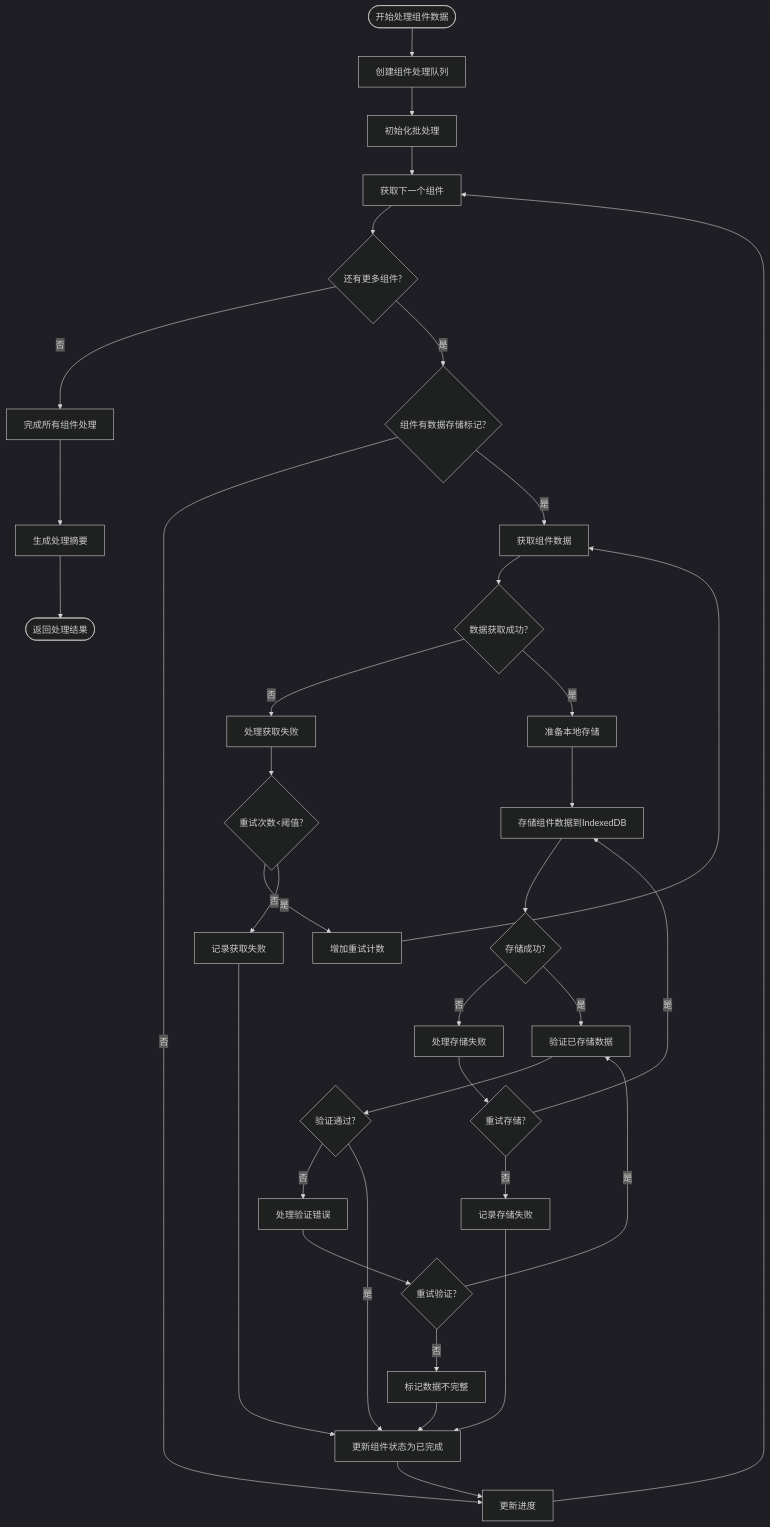
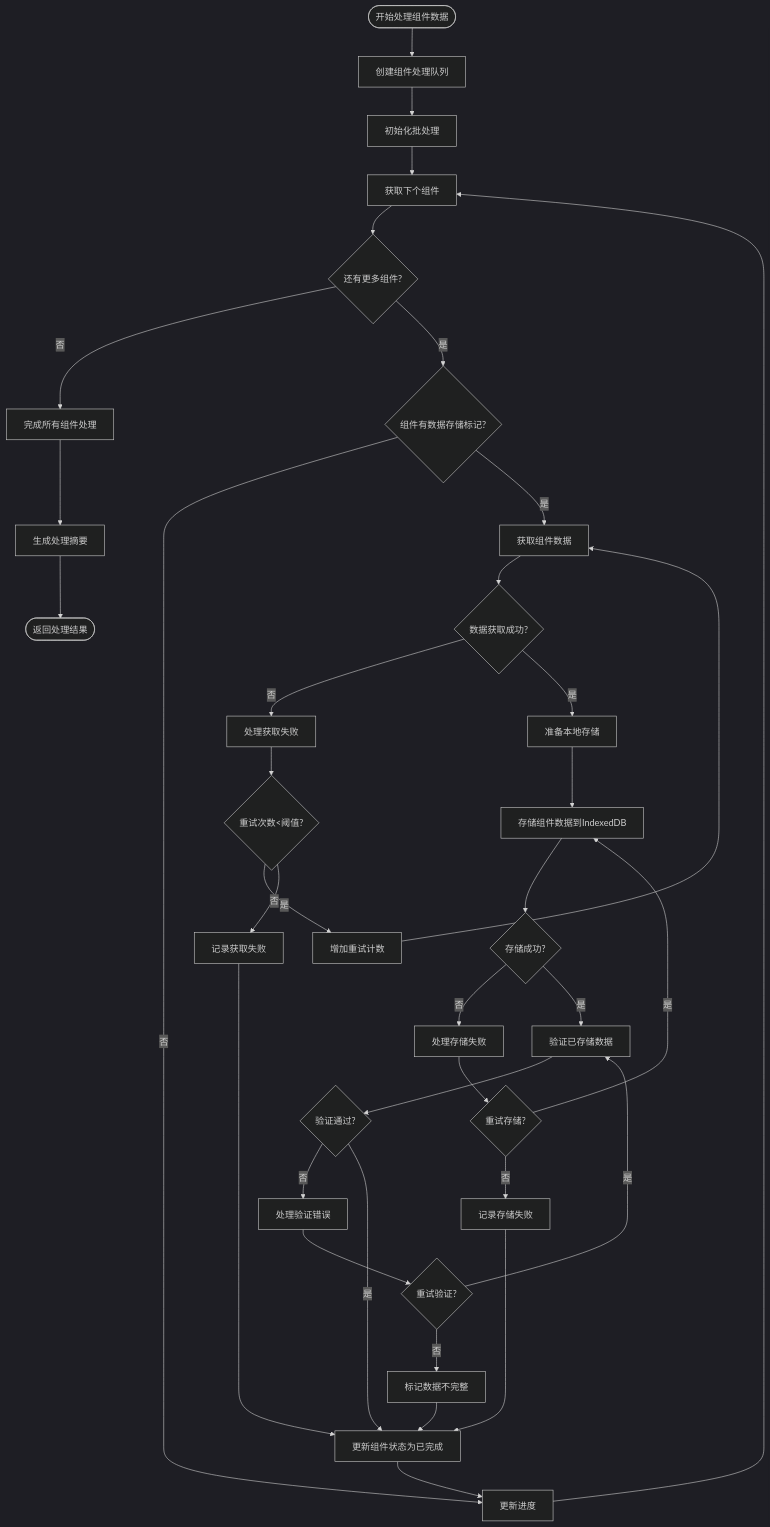
Before and after one commit to yingjianzh/iodraw-files: the diagram in all/未命名-50.md, drawn with Mermaid (dark theme).

Commit message:
2025-05-08 10:52:15 update

````diff
--- a/all/未命名-50.md
+++ b/all/未命名-50.md
@@ -1,51 +1,51 @@
 ```mermaid
 flowchart TD
     StartProcessing([开始处理组件数据]) --> CreateQueue[创建组件处理队列]
     
     CreateQueue --> InitBatchProcessing[初始化批处理]
     
-    InitBatchProcessing --> GetNextComponent[获取下一个组件]
+    InitBatchProcessing --> GetNextComponent[获取下个组件]
     GetNextComponent --> HasMoreComponents{还有更多组件?}
     
     HasMoreComponents -->|否| CompleteProcessing[完成所有组件处理]
     HasMoreComponents -->|是| CheckDataFlag{组件有数据存储标记?}
     
     CheckDataFlag -->|否| UpdateProgress[更新进度]
     CheckDataFlag -->|是| FetchComponentData[获取组件数据]
     
     FetchComponentData --> DataFetchOk{数据获取成功?}
     
     DataFetchOk -->|否| HandleFetchError[处理获取失败]
     HandleFetchError --> RetryCount{重试次数<阈值?}
     RetryCount -->|是| IncrementRetry[增加重试计数]
     IncrementRetry --> FetchComponentData
     RetryCount -->|否| LogFetchFailure[记录获取失败]
     
     DataFetchOk -->|是| PrepareStorage[准备本地存储]
     PrepareStorage --> StoreComponentData[存储组件数据到IndexedDB]
     
     StoreComponentData --> StorageOk{存储成功?}
     StorageOk -->|否| HandleStorageError[处理存储失败]
     HandleStorageError --> RetryStorage{重试存储?}
     RetryStorage -->|是| StoreComponentData
     RetryStorage -->|否| LogStorageFailure[记录存储失败]
     
     StorageOk -->|是| VerifyStoredData[验证已存储数据]
     VerifyStoredData --> VerifyOk{验证通过?}
     
     VerifyOk -->|否| HandleVerifyError[处理验证错误]
     HandleVerifyError --> RetryVerify{重试验证?}
     RetryVerify -->|是| VerifyStoredData
     RetryVerify -->|否| MarkDataIncomplete[标记数据不完整]
     
     VerifyOk -->|是| UpdateComponentStatus[更新组件状态为已完成]
     LogFetchFailure --> UpdateComponentStatus
     LogStorageFailure --> UpdateComponentStatus
     MarkDataIncomplete --> UpdateComponentStatus
     
     UpdateComponentStatus --> UpdateProgress
     UpdateProgress --> GetNextComponent
     
     CompleteProcessing --> GenerateSummary[生成处理摘要]
     GenerateSummary --> Return([返回处理结果])
 ```
````
